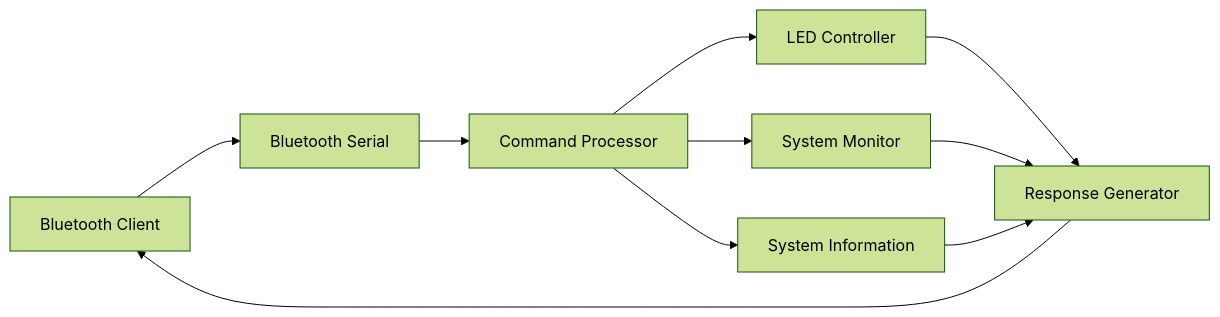
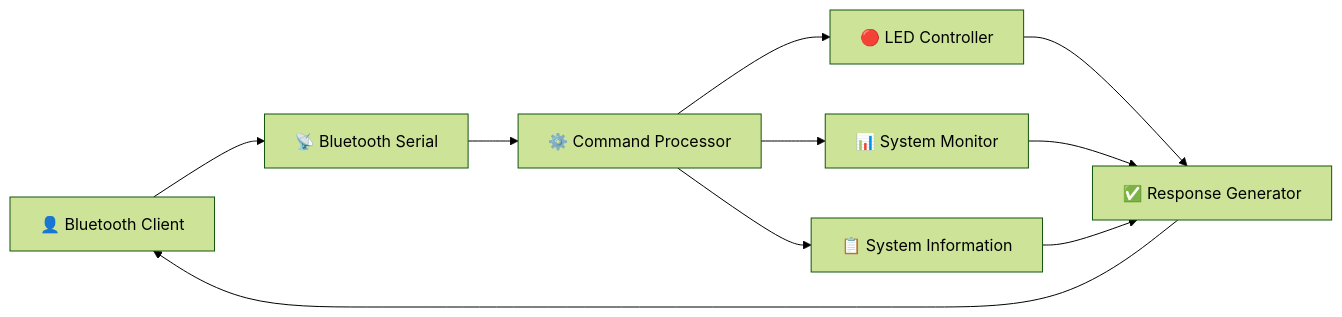
One commit to paulocfmarques-collab/esp32_bluetooth changed the fourth of 4 diagrams in README.md. Above: the diagram before and after it, drawn with Mermaid (forest theme). The commit also changed other lines of this file, not shown here.

````diff
--- a/README.md
+++ b/README.md
@@ -380,18 +289,16 @@
 ```mermaid
 flowchart LR
+    CLIENT["👤 Bluetooth Client"]
+    --> BT["📡 Bluetooth Serial"]
+    --> CMD["⚙️ Command Processor"]
 
-    CLIENT[Bluetooth Client]
-        --> BT[Bluetooth Serial]
+    CMD --> LED["🔴 LED Controller"]
+    CMD --> MON["📊 System Monitor"]
+    CMD --> INFO["📋 System Information"]
 
-    BT --> CMD[Command Processor]
-
-    CMD --> LED[LED Controller]
-    CMD --> MON[System Monitor]
-    CMD --> INFO[System Information]
-
-    LED --> RESPONSE[Response Generator]
+    LED --> RESPONSE["✅ Response Generator"]
     MON --> RESPONSE
     INFO --> RESPONSE
 
     RESPONSE --> CLIENT
 ```
````
